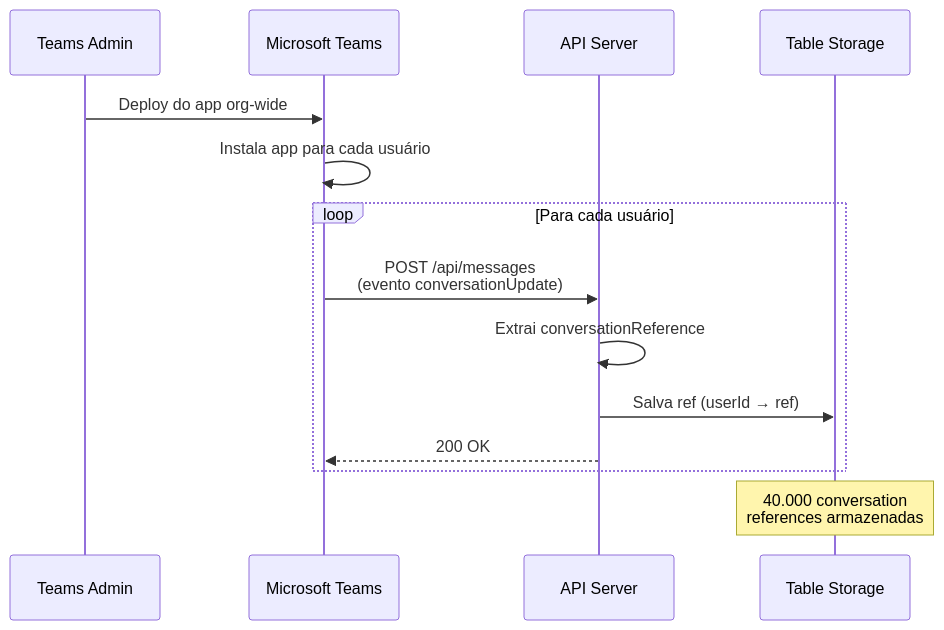
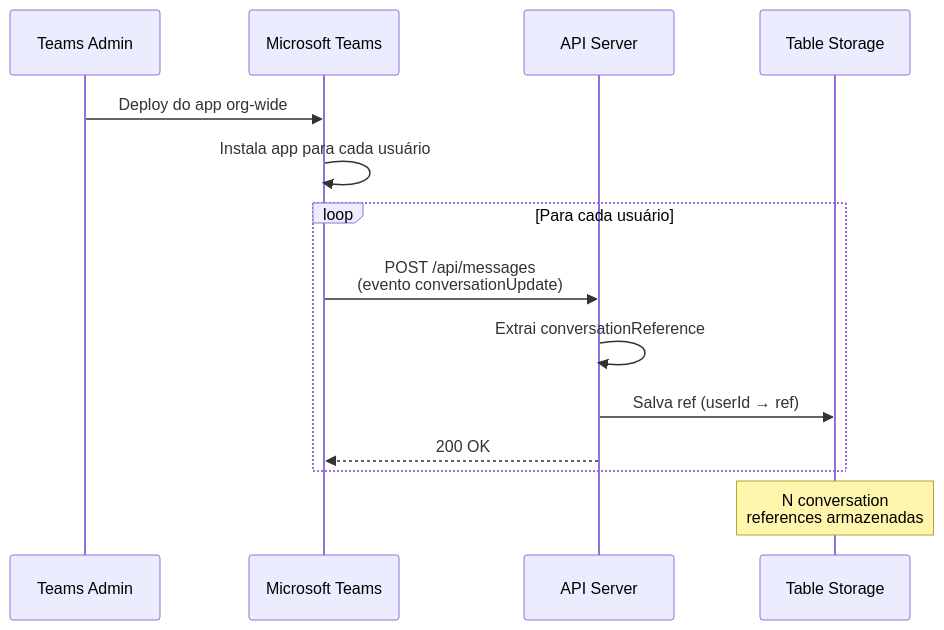
The third of 6 diagrams in README.md (EdneiMonteiro/teams_msgs), drawn with Mermaid before and after one commit. The commit also changed other lines of this file, not shown here.

````diff
--- a/README.md
+++ b/README.md
@@ -148,19 +148,19 @@
 ```mermaid
 sequenceDiagram
     participant Admin as Teams Admin
     participant Teams as Microsoft Teams
     participant API as API Server
     participant Store as Table Storage
 
     Admin->>Teams: Deploy do app org-wide
     Teams->>Teams: Instala app para cada usuário
 
     loop Para cada usuário
         Teams->>API: POST /api/messages<br/>(evento conversationUpdate)
         API->>API: Extrai conversationReference
         API->>Store: Salva ref (userId → ref)
         API-->>Teams: 200 OK
     end
 
-    Note over Store: 40.000 conversation<br/>references armazenadas
+    Note over Store: N conversation<br/>references armazenadas
 ```
````
